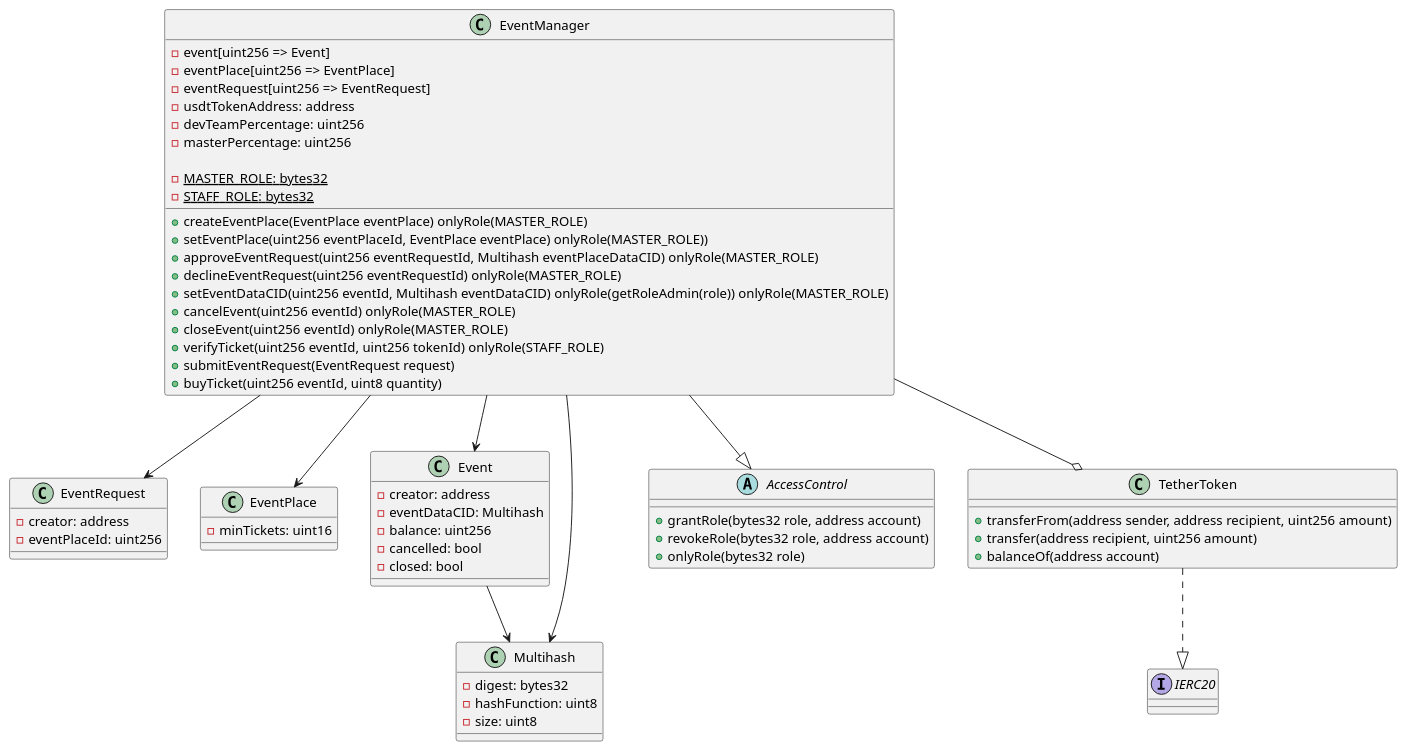
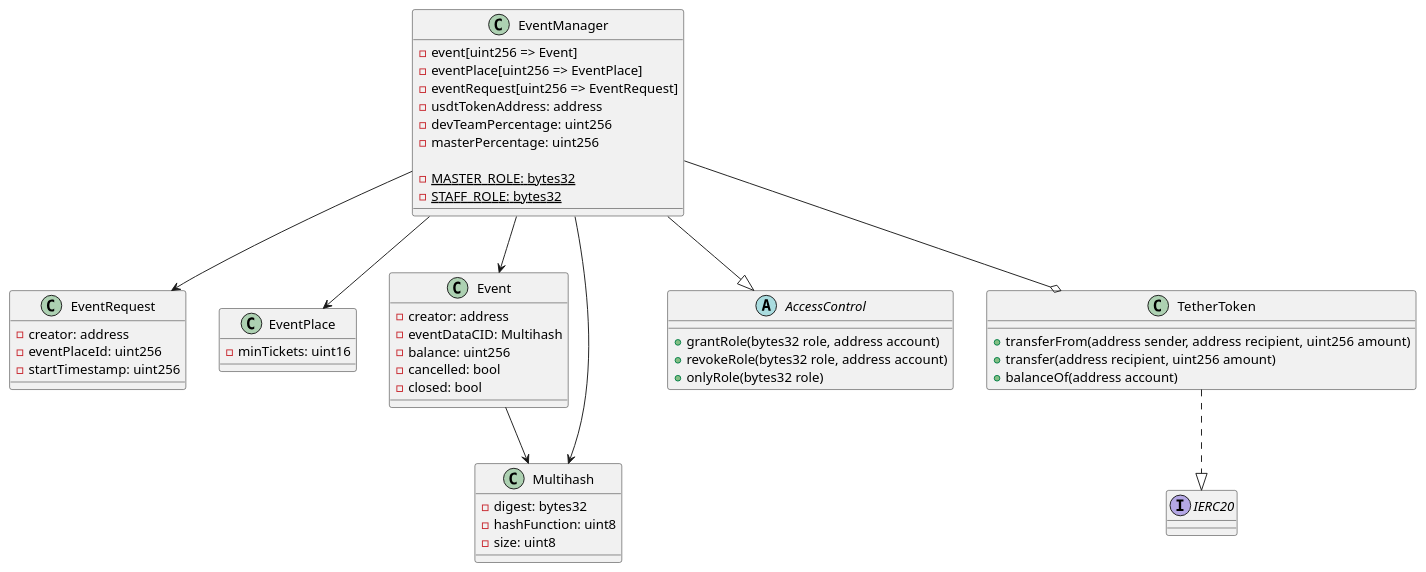
One commit to ai-shift/cyber-valley-tickets changed diagram 19 of 19 in README.org. Above: the diagram before and after it, drawn with PlantUML. The commit also changed other lines of this file and 1 other file, not shown here.

Commit message:
add: Initial EventManager methods description

```diff
--- a/README.org
+++ b/README.org
@@ -479,70 +479,60 @@
 #+begin_src plantuml :file ./img/event-manager.png
 class EventManager {
   - event[uint256 => Event]
   - eventPlace[uint256 => EventPlace]
   - eventRequest[uint256 => EventRequest]
   - usdtTokenAddress: address
   - devTeamPercentage: uint256
   - masterPercentage: uint256
 
   - {static} MASTER_ROLE: bytes32
   - {static} STAFF_ROLE: bytes32
-
-  + createEventPlace(EventPlace eventPlace) onlyRole(MASTER_ROLE)
-  + setEventPlace(uint256 eventPlaceId, EventPlace eventPlace) onlyRole(MASTER_ROLE))
-  + approveEventRequest(uint256 eventRequestId, Multihash eventPlaceDataCID) onlyRole(MASTER_ROLE)
-  + declineEventRequest(uint256 eventRequestId) onlyRole(MASTER_ROLE)
-  + setEventDataCID(uint256 eventId, Multihash eventDataCID) onlyRole(getRoleAdmin(role)) onlyRole(MASTER_ROLE)
-  + cancelEvent(uint256 eventId) onlyRole(MASTER_ROLE)
-  + closeEvent(uint256 eventId) onlyRole(MASTER_ROLE)
-  + verifyTicket(uint256 eventId, uint256 tokenId) onlyRole(STAFF_ROLE)
-  + submitEventRequest(EventRequest request)
-  + buyTicket(uint256 eventId, uint8 quantity)
 }
 
 class EventRequest {
   - creator: address
   - eventPlaceId: uint256
+  - startTimestamp: uint256
 }
 
 class EventPlace {
   - minTickets: uint16
 }
 
 class Event {
   - creator: address
   - eventDataCID: Multihash
   - balance: uint256
   - cancelled: bool
   - closed: bool
 }
 
 class Multihash {
   - digest: bytes32
   - hashFunction: uint8
   - size: uint8
 }
 
 abstract class AccessControl {
   + grantRole(bytes32 role, address account)
   + revokeRole(bytes32 role, address account)
   + onlyRole(bytes32 role)
 }
 
 class TetherToken {
   + transferFrom(address sender, address recipient, uint256 amount)
   + transfer(address recipient, uint256 amount)
   + balanceOf(address account)
 }
 
 interface IERC20 {}
 
 EventManager --|> AccessControl
 EventManager --> EventRequest
 EventManager --> EventPlace
 EventManager --> Event
 EventManager --> Multihash
 EventManager --o TetherToken
 TetherToken ..|> IERC20
 Event --> Multihash
 #+end_src
```
